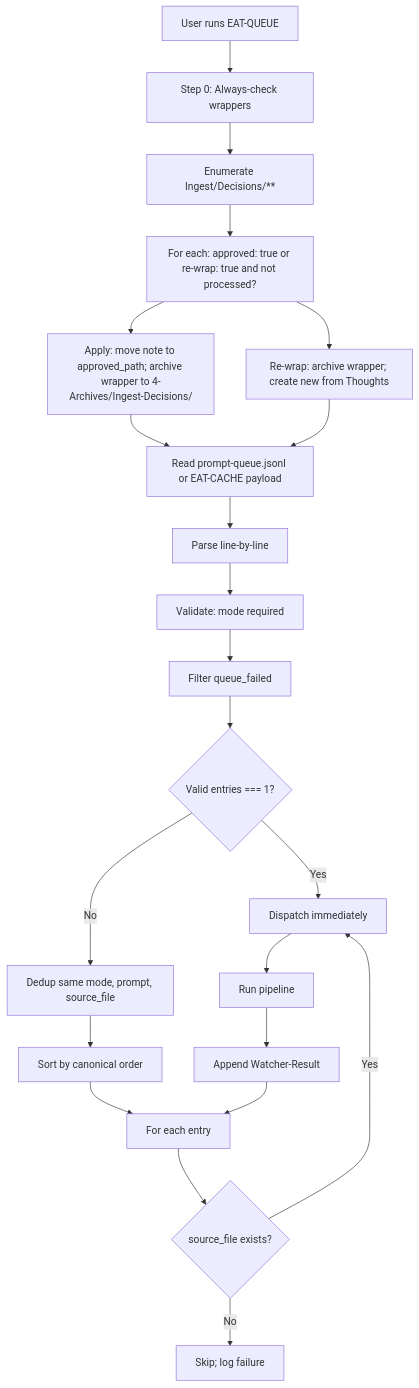
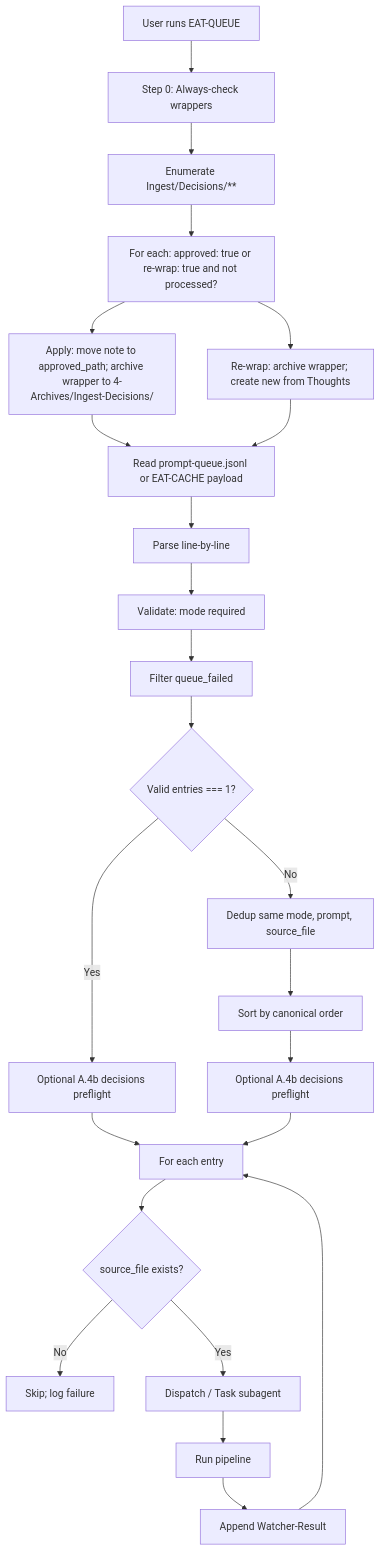
Before and after one commit to L0RDTH0TH/genesis-mythos-master-roadmap: the first of 3 diagrams in 3-Resources/Second-Brain/Queue-Sources.md, drawn with Mermaid. The commit also changed other lines of this file and 3337 other files, not shown here.

````diff
--- a/3-Resources/Second-Brain/Queue-Sources.md
+++ b/3-Resources/Second-Brain/Queue-Sources.md
@@ -87,25 +339,27 @@
 ```mermaid
 flowchart TD
   Eat[User runs EAT-QUEUE]
   Eat --> Step0[Step 0: Always-check wrappers]
   Step0 --> Enum[Enumerate Ingest/Decisions/**]
   Enum --> WrapperScan[For each: approved: true or re-wrap: true and not processed?]
   WrapperScan --> Apply[Apply: move note to approved_path; archive wrapper to 4-Archives/Ingest-Decisions/]
   WrapperScan --> ReWrap[Re-wrap: archive wrapper; create new from Thoughts]
   Apply --> Read[Read prompt-queue.jsonl or EAT-CACHE payload]
   ReWrap --> Read
   Read --> Parse[Parse line-by-line]
   Parse --> Validate[Validate: mode required]
   Validate --> Filter[Filter queue_failed]
   Filter --> Single{Valid entries === 1?}
-  Single -->|Yes| Dispatch[Dispatch immediately]
+  Single -->|Yes| PreflightA[Optional A.4b decisions preflight]
   Single -->|No| Dedup[Dedup same mode, prompt, source_file]
   Dedup --> Sort[Sort by canonical order]
-  Sort --> ForEach[For each entry]
+  Sort --> PreflightB[Optional A.4b decisions preflight]
+  PreflightA --> ForEach[For each entry]
+  PreflightB --> ForEach
   ForEach --> CheckFile{source_file exists?}
   CheckFile -->|No| Skip[Skip; log failure]
-  CheckFile -->|Yes| Dispatch
+  CheckFile -->|Yes| Dispatch[Dispatch / Task subagent]
   Dispatch --> Run[Run pipeline]
   Run --> Append[Append Watcher-Result]
   Append --> ForEach
 ```
````
